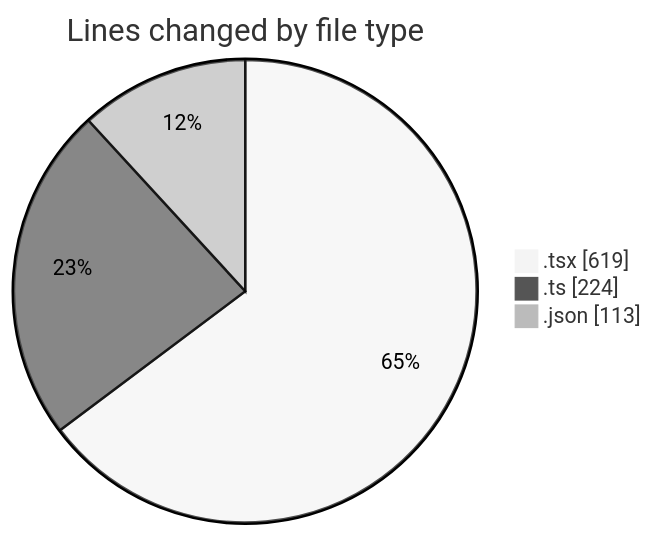
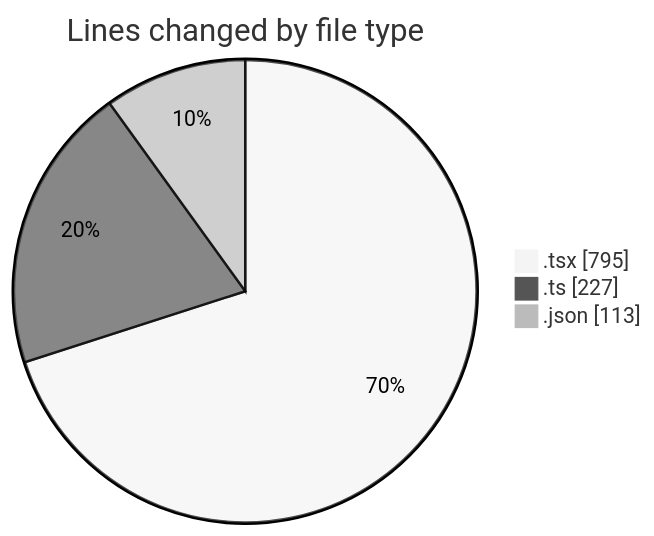
Before and after one commit to momahboobian/code-tracking: the first of 2 diagrams in 2025-02-23/pdf-analysis-app/README.md, drawn with Mermaid (neutral theme). The commit also changed other lines of this file and 1 other file, not shown here.

````diff
--- a/2025-02-23/pdf-analysis-app/README.md
+++ b/2025-02-23/pdf-analysis-app/README.md
@@ -29,7 +30,7 @@
 ```mermaid
 pie showData
 title Lines changed by file type
-".tsx" : 619
-".ts" : 224
+".tsx" : 795
+".ts" : 227
 ".json" : 113
 ```
````
